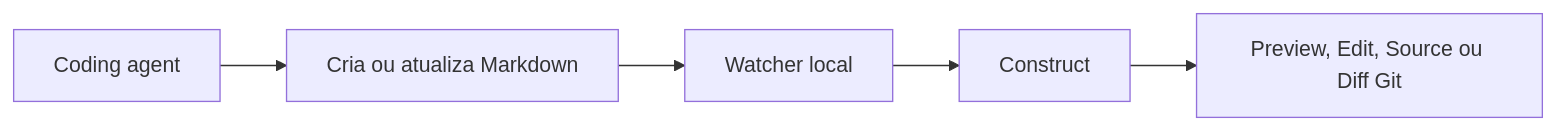
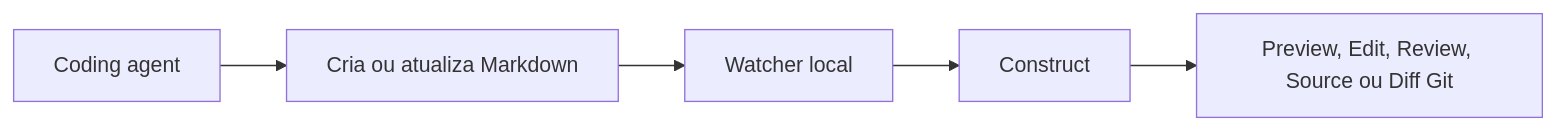
Before and after one commit to lfnovo/construct: the diagram in docs/product-spec.md, drawn with Mermaid. The commit also changed other lines of this file and 11 other files, not shown here.

````diff
--- a/docs/product-spec.md
+++ b/docs/product-spec.md
@@ -347,7 +363,7 @@
 ```mermaid
 flowchart LR
     A[Coding agent] --> B[Cria ou atualiza Markdown]
     B --> C[Watcher local]
     C --> D[Construct]
-    D --> E[Preview, Edit, Source ou Diff Git]
+    D --> E[Preview, Edit, Review, Source ou Diff Git]
 ```
````
